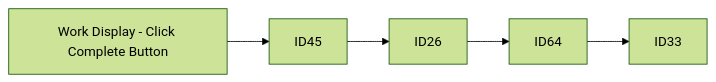
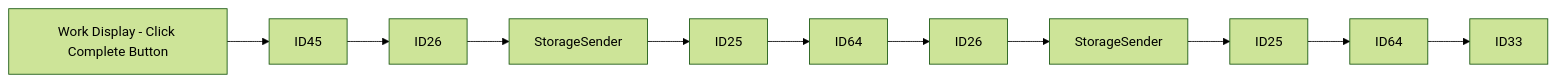
Before and after one commit to luthfiadityaa/SimeDarby-Wiki: the third of 22 diagrams in Basic-Design/DFD-WMS/Inventory-Check/Inventory-Check-from-Ambient-Area.md, drawn with Mermaid (forest theme). The commit also changed other lines of this file, not shown here.

```diff
--- a/Basic-Design/DFD-WMS/Inventory-Check/Inventory-Check-from-Ambient-Area.md
+++ b/Basic-Design/DFD-WMS/Inventory-Check/Inventory-Check-from-Ambient-Area.md
@@ -17,5 +25,5 @@
 ::: mermaid
 flowchart LR
   
-P1[Work Display - Click Complete Button]-->P2[ID45]-->P3[ID26]-->P4[ID64]-->P5[ID33]
+P1[Work Display - Click Complete Button]-->P2[ID45]-->P3[ID26]-->P4[StorageSender]-->P5[ID25]-->P6[ID64]-->P7[ID26]-->P8[StorageSender]-->P9[ID25]-->P10[ID64]-->P11[ID33]
 :::
```
